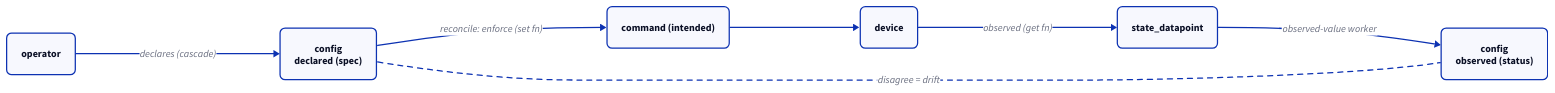
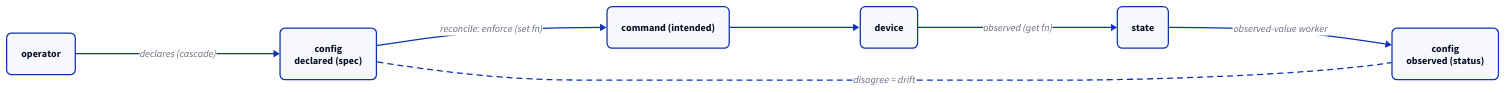
One commit to hyperscaleav/omniglass changed the diagram in docs/src/content/docs/architecture/variables.md. Above: the diagram before and after it, drawn with D2. The commit also changed other lines of this file and 27 other files, not shown here.

````diff
--- a/docs/src/content/docs/architecture/variables.md
+++ b/docs/src/content/docs/architecture/variables.md
@@ -395,16 +395,16 @@
 ```d2
 direction: right
 classes: { node: { style.border-radius: 8 }; key: { style: { border-radius: 8; bold: true } } }
 operator: operator { class: node }
 declared: "config\ndeclared (spec)" { class: key }
 device: device { class: node }
-state: state_datapoint { class: node }
+state: state { class: node }
 observed: "config\nobserved (status)" { class: key }
 command: "command (intended)" { class: node }
 operator -> declared: declares (cascade)
 device -> state: observed (get fn)
 state -> observed: observed-value worker
 declared -- observed: "disagree = drift" { style.stroke-dash: 4 }
 declared -> command: reconcile: enforce (set fn)
 command -> device
 ```
````
